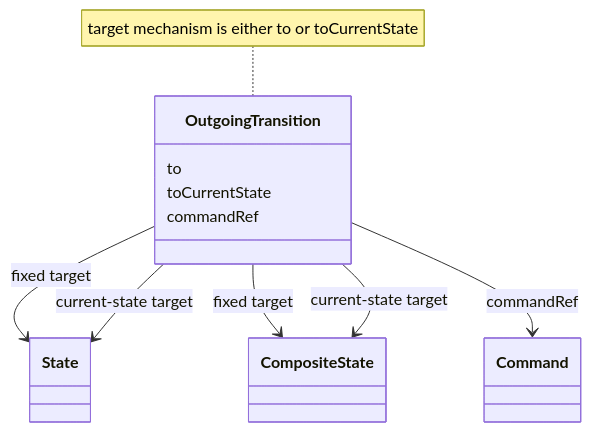
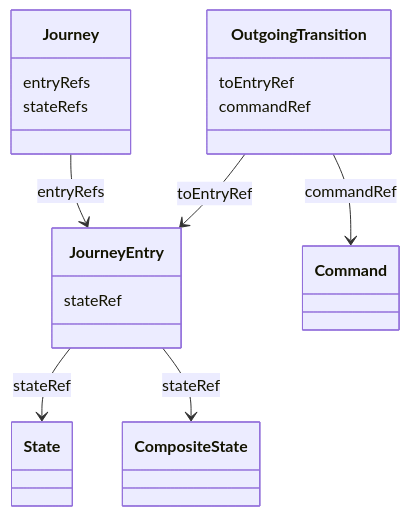
Diagram 11 of 13 in specs/ed/graph/index.md (openuji/spec-ujg), drawn with Mermaid before and after one commit. The commit also changed other lines of this file and 29 other files, not shown here.

````diff
--- a/specs/ed/graph/index.md
+++ b/specs/ed/graph/index.md
@@ -837,18 +854,23 @@
 ```mermaid
 classDiagram
   class OutgoingTransition {
-    to
-    toCurrentState
+    toEntryRef
     commandRef
+  }
+  class Journey {
+    entryRefs
+    stateRefs
+  }
+  class JourneyEntry {
+    stateRef
   }
   class State
   class CompositeState
   class Command
 
-  OutgoingTransition --> State : fixed target
-  OutgoingTransition --> CompositeState : fixed target
-  OutgoingTransition --> State : current-state target
-  OutgoingTransition --> CompositeState : current-state target
+  OutgoingTransition --> JourneyEntry : toEntryRef
+  Journey --> JourneyEntry : entryRefs
+  JourneyEntry --> State : stateRef
+  JourneyEntry --> CompositeState : stateRef
   OutgoingTransition --> Command : commandRef
-  note for OutgoingTransition "target mechanism is either to or toCurrentState"
 ```
````
